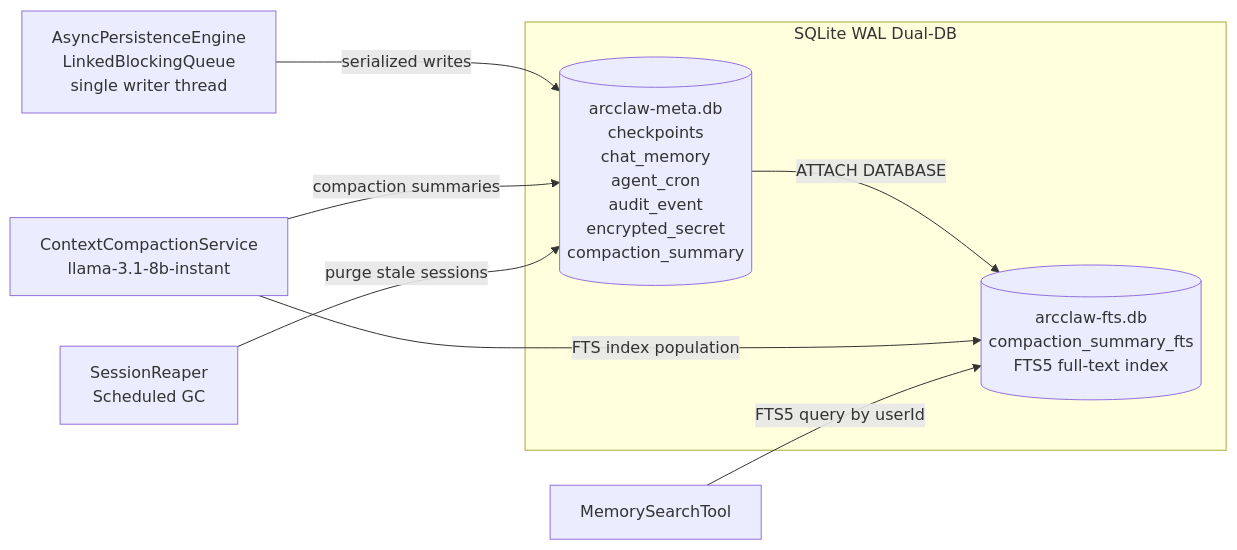
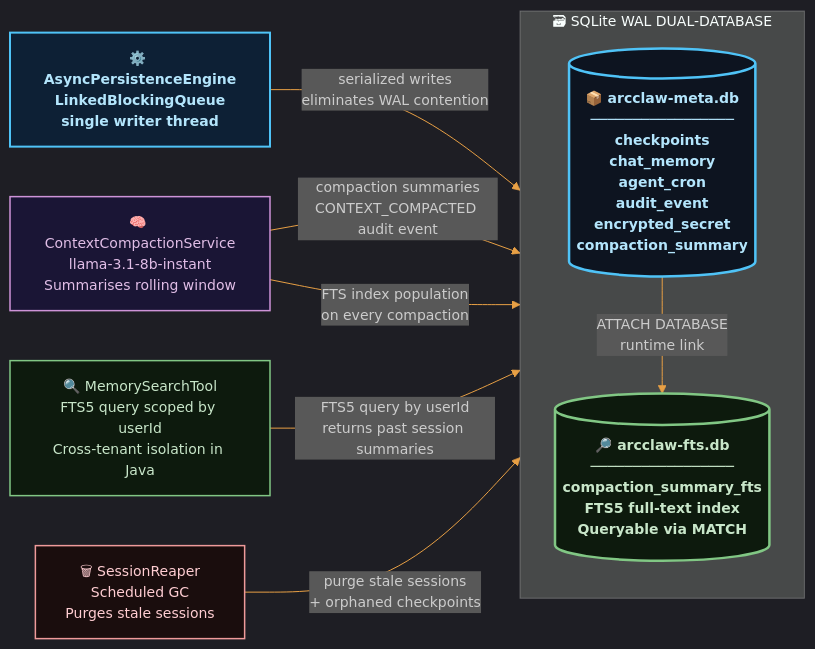
The fifth of 8 diagrams in README.md (rsrini7/AmshaAgent), drawn with Mermaid before and after one commit. The commit also changed other lines of this file, not shown here.

First line of the commit message:
docs: enhance README with detailed Mermaid diagrams and flowcharts

````diff
--- a/README.md
+++ b/README.md
@@ -452,14 +582,29 @@
 ```mermaid
+%%{init: {'theme': 'dark', 'themeVariables': {'primaryColor': '#1e2d45', 'primaryTextColor': '#c9d8ee', 'primaryBorderColor': '#4fc3f7', 'lineColor': '#e8a045', 'secondaryColor': '#0d1420', 'tertiaryColor': '#0d2035', 'fontSize': '14px'}}}%%
 graph LR
-    subgraph SQLite WAL Dual-DB
-        Meta[(arcclaw-meta.db<br/>checkpoints<br/>chat_memory<br/>agent_cron<br/>audit_event<br/>encrypted_secret<br/>compaction_summary)]
-        FTS[(arcclaw-fts.db<br/>compaction_summary_fts<br/>FTS5 full-text index)]
-        Meta -- ATTACH DATABASE --> FTS
+    classDef writer fill:#0d2035,stroke:#4fc3f7,stroke-width:2px,color:#b3e5fc,font-weight:bold
+    classDef compactor fill:#1a1535,stroke:#ce93d8,stroke-width:1.5px,color:#e1bee7
+    classDef searcher fill:#0d1a0d,stroke:#81c784,stroke-width:1.5px,color:#c8e6c9
+    classDef reaper fill:#1a0d0d,stroke:#ef9a9a,stroke-width:1.5px,color:#ffcdd2
+    classDef metadb fill:#0d1420,stroke:#4fc3f7,stroke-width:2.5px,color:#b3e5fc,font-weight:bold
+    classDef ftsdb fill:#0d1a0d,stroke:#81c784,stroke-width:2.5px,color:#c8e6c9,font-weight:bold
+    classDef attach fill:#1a1200,stroke:#e8a045,stroke-width:1px,color:#ffe082
+
+    APE["⚙️ AsyncPersistenceEngine<br/>LinkedBlockingQueue<br/>single writer thread"]:::writer
+    CC["🧠 ContextCompactionService<br/>llama-3.1-8b-instant<br/>Summarises rolling window"]:::compactor
+    MST["🔍 MemorySearchTool<br/>FTS5 query scoped by userId<br/>Cross-tenant isolation in Java"]:::searcher
+    SR["🗑 SessionReaper<br/>Scheduled GC<br/>Purges stale sessions"]:::reaper
+
+    subgraph DUAL["  🗃  SQLite WAL DUAL-DATABASE  "]
+        direction TB
+        Meta[("📦 arcclaw-meta.db<br/>─────────────────<br/>checkpoints<br/>chat_memory<br/>agent_cron<br/>audit_event<br/>encrypted_secret<br/>compaction_summary")]:::metadb
+        FTS[("🔎 arcclaw-fts.db<br/>─────────────────<br/>compaction_summary_fts<br/>FTS5 full-text index<br/>Queryable via MATCH")]:::ftsdb
+        Meta -->|"ATTACH DATABASE<br/>runtime link"| FTS
     end
 
-    APE[AsyncPersistenceEngine<br/>LinkedBlockingQueue<br/>single writer thread] -->|serialized writes| Meta
-    CC[ContextCompactionService<br/>llama-3.1-8b-instant] -->|compaction summaries| Meta
-    CC -->|FTS index population| FTS
-    MST[MemorySearchTool] -->|FTS5 query by userId| FTS
-    SR[SessionReaper<br/>Scheduled GC] -->|purge stale sessions| Meta
+    APE -->|"serialized writes<br/>eliminates WAL contention"| Meta
+    CC -->|"compaction summaries<br/>CONTEXT_COMPACTED audit event"| Meta
+    CC -->|"FTS index population<br/>on every compaction"| FTS
+    MST -->|"FTS5 query by userId<br/>returns past session summaries"| FTS
+    SR -->|"purge stale sessions<br/>+ orphaned checkpoints"| Meta
 ```
````
